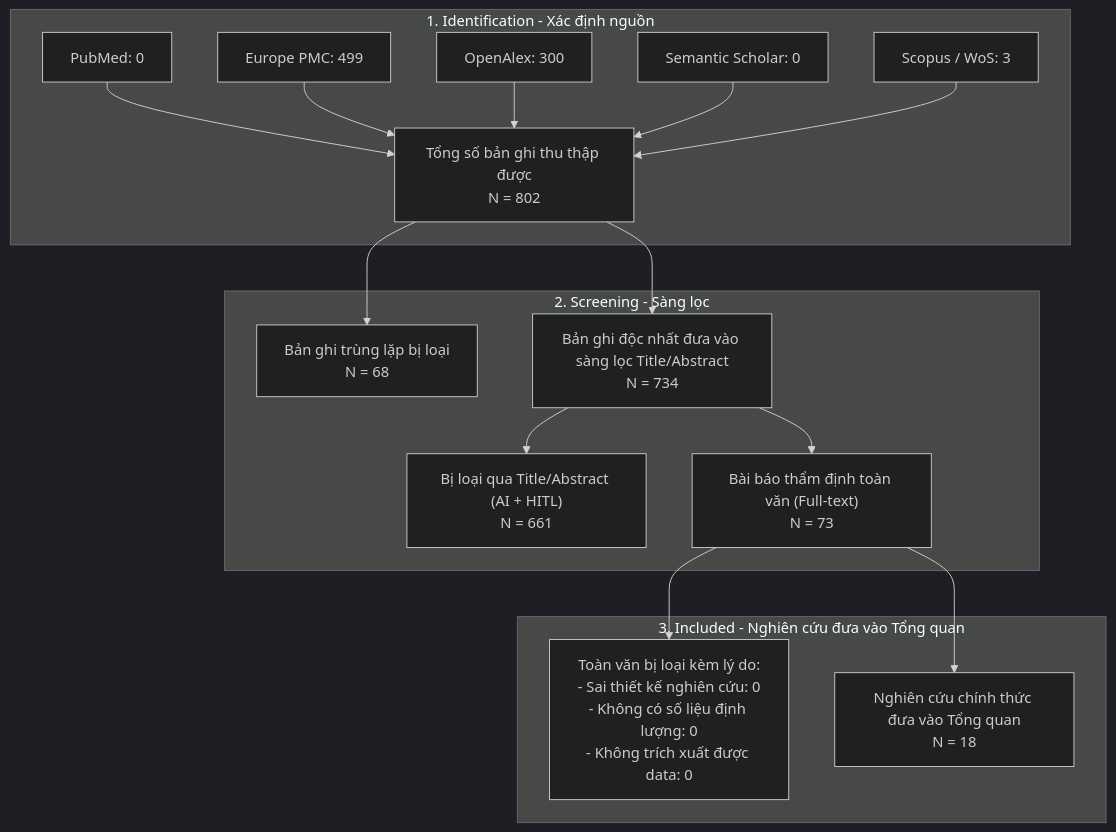
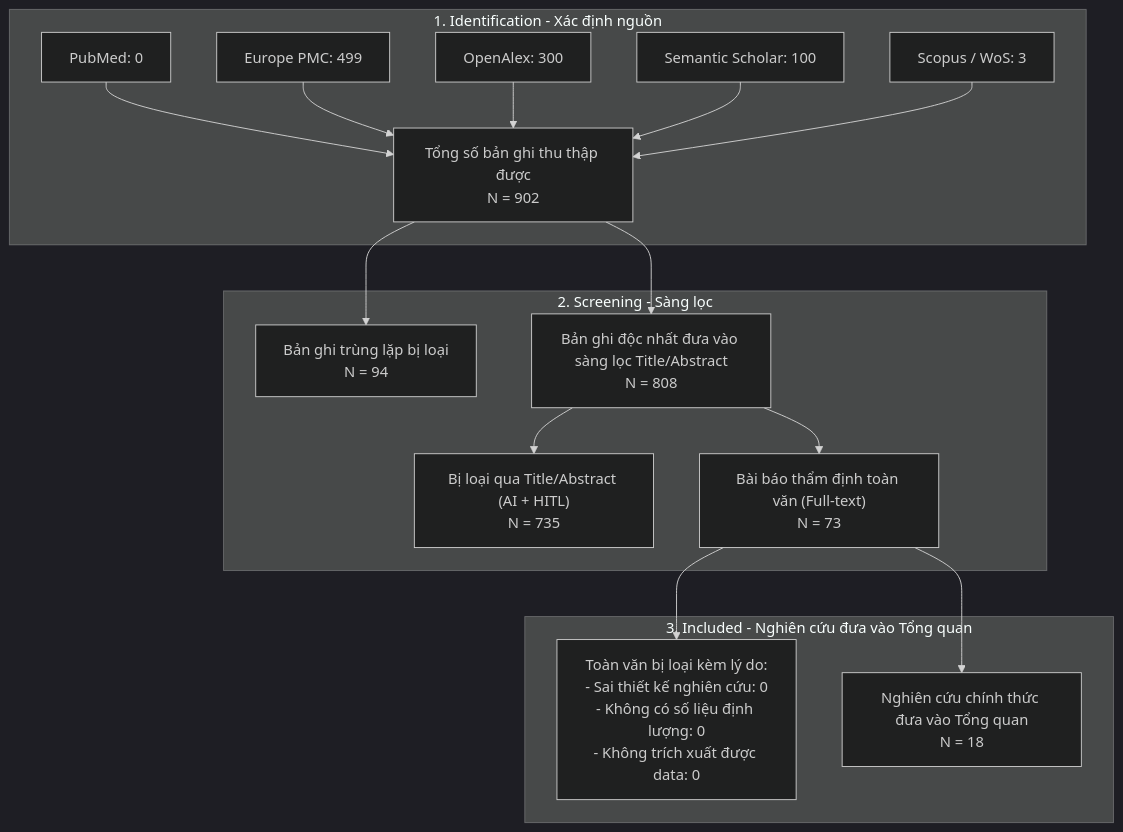
One commit to fossbk-spec/stroke-prediction changed the diagram in docs/literature/evisyn/prisma.mmd. Above: the diagram before and after it, drawn with Mermaid (dark theme). The commit also changed 17 other files, not shown here.

```diff
--- a/docs/literature/evisyn/prisma.mmd
+++ b/docs/literature/evisyn/prisma.mmd
@@ -1,30 +1,30 @@
 flowchart TD
     subgraph IDENTIFICATION [1. Identification - Xác định nguồn]
         A1["PubMed: 0"]
         A2["Europe PMC: 499"]
         A3["OpenAlex: 300"]
-        A4["Semantic Scholar: 0"]
+        A4["Semantic Scholar: 100"]
         A5["Scopus / WoS: 3"]
-        TOTAL_ID["Tổng số bản ghi thu thập được<br>N = 802"]
+        TOTAL_ID["Tổng số bản ghi thu thập được<br>N = 902"]
         A1 & A2 & A3 & A4 & A5 --> TOTAL_ID
     end
 
     subgraph SCREENING [2. Screening - Sàng lọc]
-        DUP["Bản ghi trùng lặp bị loại<br>N = 68"]
-        UNIQUE["Bản ghi độc nhất đưa vào sàng lọc Title/Abstract<br>N = 734"]
-        EXCLUDED["Bị loại qua Title/Abstract (AI + HITL)<br>N = 661"]
+        DUP["Bản ghi trùng lặp bị loại<br>N = 94"]
+        UNIQUE["Bản ghi độc nhất đưa vào sàng lọc Title/Abstract<br>N = 808"]
+        EXCLUDED["Bị loại qua Title/Abstract (AI + HITL)<br>N = 735"]
         RETRIEVED["Bài báo thẩm định toàn văn (Full-text)<br>N = 73"]
 
         TOTAL_ID --> DUP
         TOTAL_ID --> UNIQUE
         UNIQUE --> EXCLUDED
         UNIQUE --> RETRIEVED
     end
 
     subgraph INCLUDED [3. Included - Nghiên cứu đưa vào Tổng quan]
         FT_EXCLUDED["Toàn văn bị loại kèm lý do:<br>- Sai thiết kế nghiên cứu: 0<br>- Không có số liệu định lượng: 0<br>- Không trích xuất được data: 0"]
         FINAL_INC["Nghiên cứu chính thức đưa vào Tổng quan<br>N = 18"]
 
         RETRIEVED --> FT_EXCLUDED
         RETRIEVED --> FINAL_INC
     end
```
